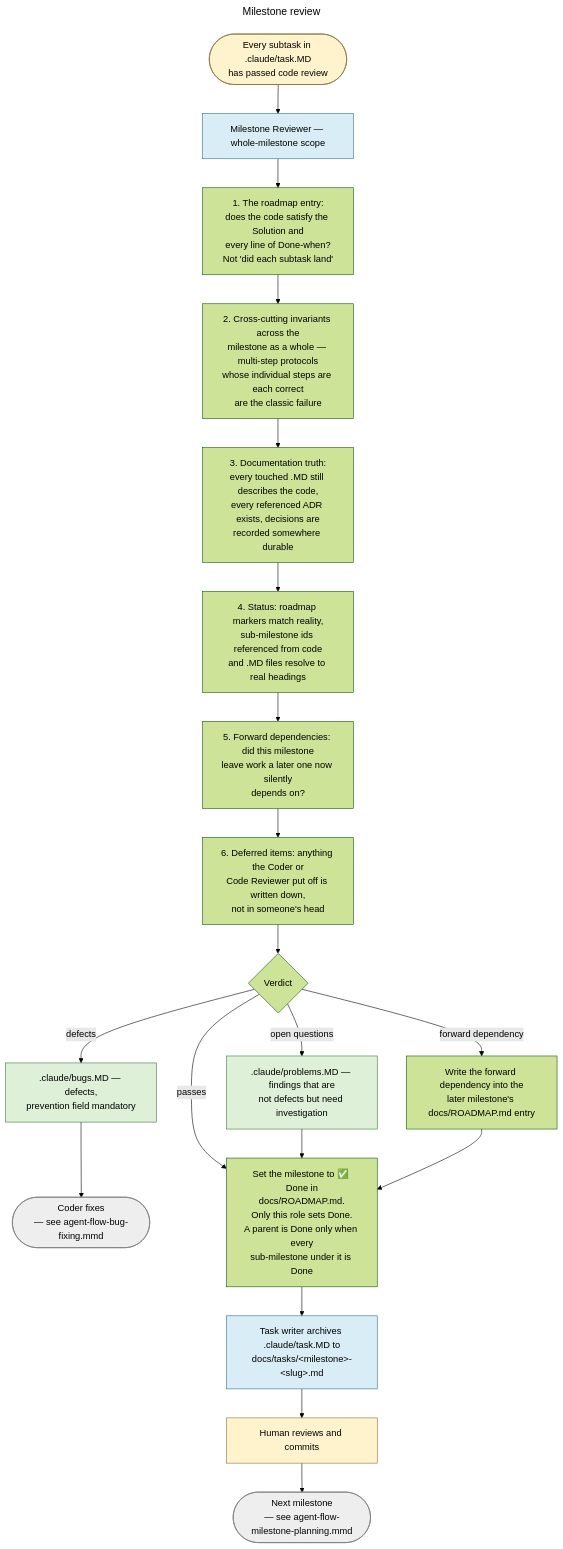
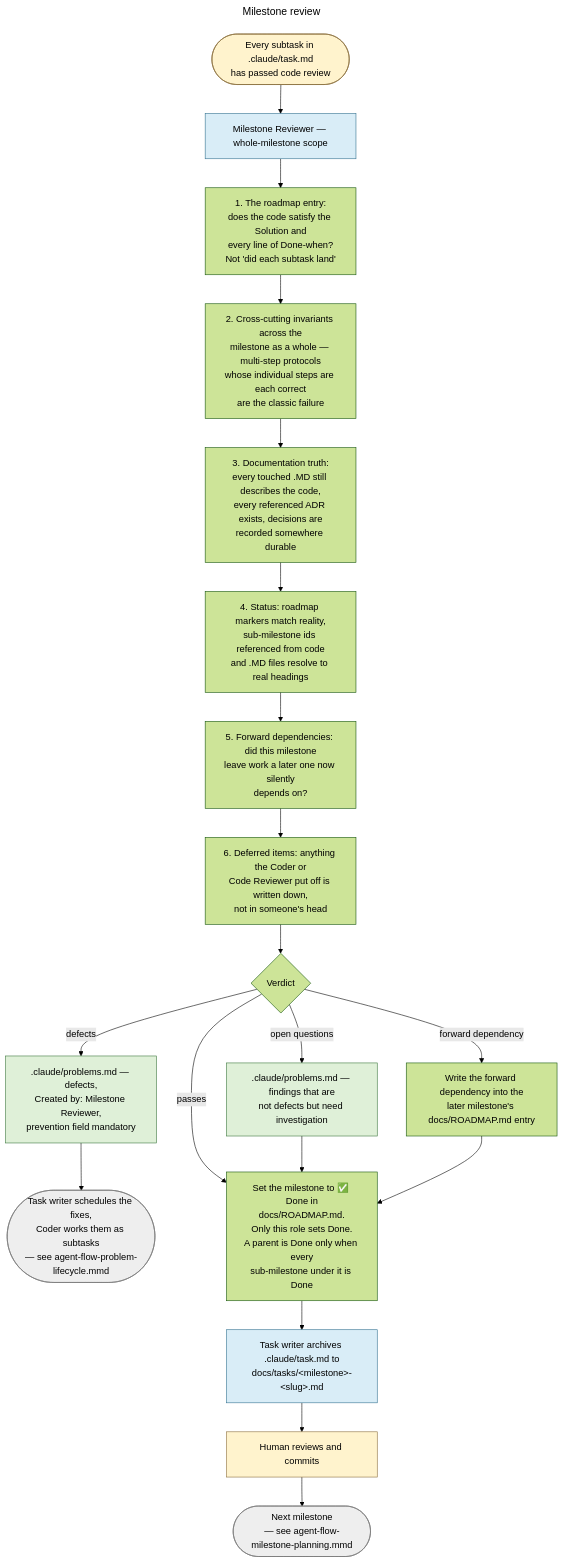
The diagram in docs/diagrams/agent-flow-milestone-review.mmd (Dmitriy-G/simple_rdbms), drawn with Mermaid (forest theme) before and after one commit. The commit also changed 21 other files, not shown here.

Commit message:
Change agents flow

```diff
--- a/docs/diagrams/agent-flow-milestone-review.mmd
+++ b/docs/diagrams/agent-flow-milestone-review.mmd
@@ -1,37 +1,37 @@
 ---
 title: Milestone review
 ---
 flowchart TD
     classDef human fill:#fff3cd,stroke:#8a6d3b,color:#000
     classDef role fill:#d9edf7,stroke:#31708f,color:#000
     classDef channel fill:#dff0d8,stroke:#3c763d,color:#000
     classDef stop fill:#eeeeee,stroke:#777,color:#000
 
-    START(["Every subtask in .claude/task.MD<br/>has passed code review"]):::human
+    START(["Every subtask in .claude/task.md<br/>has passed code review"]):::human
     MR["Milestone Reviewer — whole-milestone scope"]:::role
 
     C1["1. The roadmap entry:<br/>does the code satisfy the Solution and<br/>every line of Done-when?<br/>Not 'did each subtask land'"]
     C2["2. Cross-cutting invariants across the<br/>milestone as a whole — multi-step protocols<br/>whose individual steps are each correct<br/>are the classic failure"]
     C3["3. Documentation truth:<br/>every touched .MD still describes the code,<br/>every referenced ADR exists, decisions are<br/>recorded somewhere durable"]
     C4["4. Status: roadmap markers match reality,<br/>sub-milestone ids referenced from code<br/>and .MD files resolve to real headings"]
     C5["5. Forward dependencies: did this milestone<br/>leave work a later one now silently<br/>depends on?"]
     C6["6. Deferred items: anything the Coder or<br/>Code Reviewer put off is written down,<br/>not in someone's head"]
 
     VERDICT{"Verdict"}
-    BUGS[".claude/bugs.MD — defects,<br/>prevention field mandatory"]:::channel
-    PROB[".claude/problems.MD — findings that are<br/>not defects but need investigation"]:::channel
+    BUGS[".claude/problems.md — defects,<br/>Created by: Milestone Reviewer,<br/>prevention field mandatory"]:::channel
+    PROB[".claude/problems.md — findings that are<br/>not defects but need investigation"]:::channel
     FWD["Write the forward dependency into the<br/>later milestone's docs/ROADMAP.md entry"]
 
-    LOOP(["Coder fixes<br/>— see agent-flow-bug-fixing.mmd"]):::stop
+    LOOP(["Task writer schedules the fixes,<br/>Coder works them as subtasks<br/>— see agent-flow-problem-lifecycle.mmd"]):::stop
     DONE["Set the milestone to ✅ Done in<br/>docs/ROADMAP.md.<br/>Only this role sets Done.<br/>A parent is Done only when every<br/>sub-milestone under it is Done"]
-    ARCHIVE["Task writer archives .claude/task.MD to<br/>docs/tasks/&lt;milestone&gt;-&lt;slug&gt;.md"]:::role
+    ARCHIVE["Task writer archives .claude/task.md to<br/>docs/tasks/&lt;milestone&gt;-&lt;slug&gt;.md"]:::role
     HUMAN["Human reviews and commits"]:::human
     NEXT(["Next milestone<br/>— see agent-flow-milestone-planning.mmd"]):::stop
 
     START --> MR --> C1 --> C2 --> C3 --> C4 --> C5 --> C6 --> VERDICT
     VERDICT -- "defects" --> BUGS --> LOOP
     VERDICT -- "open questions" --> PROB
     VERDICT -- "forward dependency" --> FWD
     VERDICT -- "passes" --> DONE --> ARCHIVE --> HUMAN --> NEXT
     PROB --> DONE
     FWD --> DONE
```
